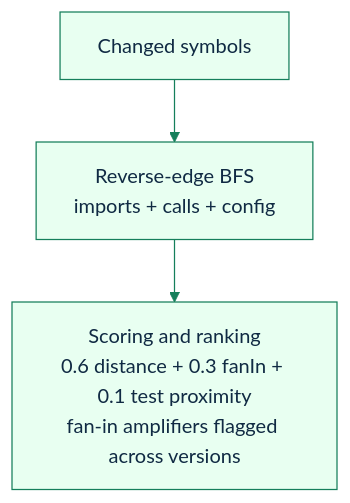
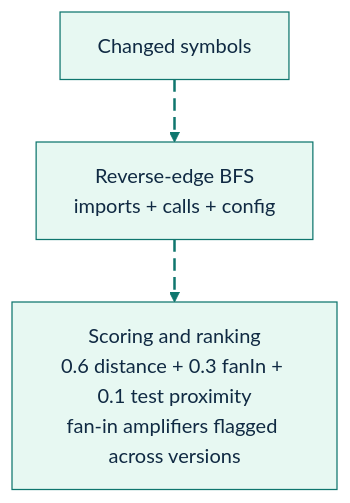
Before and after one commit to GlitterKill/sdl-mcp: the ninth of 14 diagrams in docs/architecture.md, drawn with Mermaid. The commit also changed other lines of this file and 33 other files, not shown here.

First line of the commit message:
docs: update mermaid diagram themes and styling across documentation

````diff
--- a/docs/architecture.md
+++ b/docs/architecture.md
@@ -361,5 +440,15 @@
 ```mermaid
-%%{init: {"theme":"base","themeVariables":{"primaryColor":"#e8fff1","primaryBorderColor":"#157f5b","primaryTextColor":"#102a43","secondaryColor":"#eef6ff","secondaryBorderColor":"#2563eb","tertiaryColor":"#fff4d6","tertiaryBorderColor":"#b45309","lineColor":"#157f5b","fontFamily":"Trebuchet MS, Arial"},"flowchart":{"curve":"basis"}}}%%
+%%{init: {"theme":"base","themeVariables":{"background":"#ffffff","primaryColor":"#E7F8F2","primaryBorderColor":"#0F766E","primaryTextColor":"#102A43","secondaryColor":"#E8F1FF","secondaryBorderColor":"#2563EB","secondaryTextColor":"#102A43","tertiaryColor":"#FFF4D6","tertiaryBorderColor":"#B45309","tertiaryTextColor":"#102A43","lineColor":"#0F766E","textColor":"#102A43","fontFamily":"Inter, ui-sans-serif, system-ui, -apple-system, BlinkMacSystemFont, Segoe UI, sans-serif"},"flowchart":{"curve":"basis","htmlLabels":true}}}%%
 flowchart TD
-    Changed["Changed symbols"] --> Reverse["Reverse-edge BFS<br/>imports + calls + config"] --> Score["Scoring and ranking<br/>0.6 distance + 0.3 fanIn + 0.1 test proximity<br/>fan-in amplifiers flagged across versions"]
+    Changed["Changed symbols"] e1@--> Reverse["Reverse-edge BFS<br/>imports + calls + config"]
+    Reverse e2@--> Score["Scoring and ranking<br/>0.6 distance + 0.3 fanIn + 0.1 test proximity<br/>fan-in amplifiers flagged across versions"]
+
+    classDef source fill:#E7F8F2,stroke:#0F766E,stroke-width:2px,color:#102A43;
+    classDef process fill:#E8F1FF,stroke:#2563EB,stroke-width:2px,color:#102A43;
+    classDef decision fill:#FFF4D6,stroke:#B45309,stroke-width:2px,color:#102A43;
+    classDef storage fill:#F2E8FF,stroke:#7C3AED,stroke-width:2px,color:#102A43;
+    classDef output fill:#FFE8EF,stroke:#BE123C,stroke-width:2px,color:#102A43;
+    classDef muted fill:#F8FAFC,stroke:#64748B,stroke-width:1px,color:#102A43;
+    classDef animate stroke:#0F766E,stroke-width:2px,stroke-dasharray:10\,5,stroke-dashoffset:900,animation:dash 22s linear infinite;
+    class e1,e2 animate;
 ```
````
